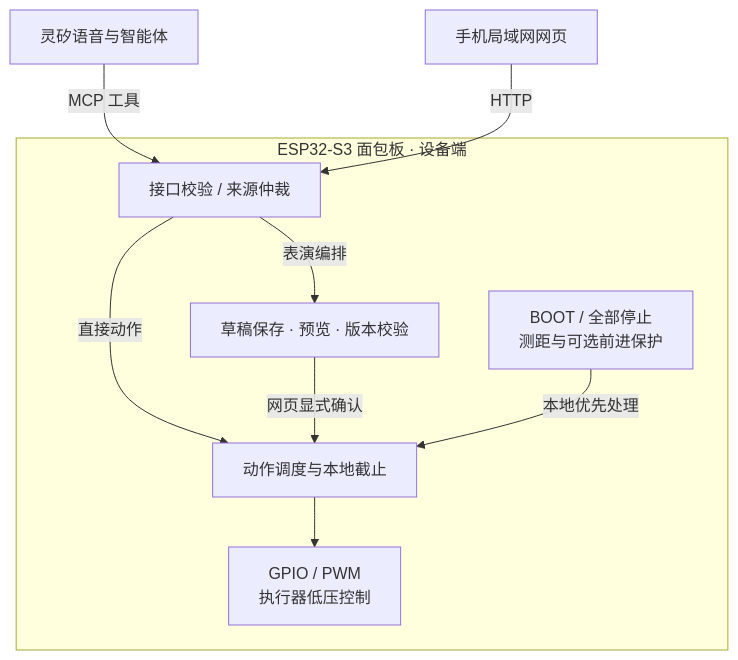
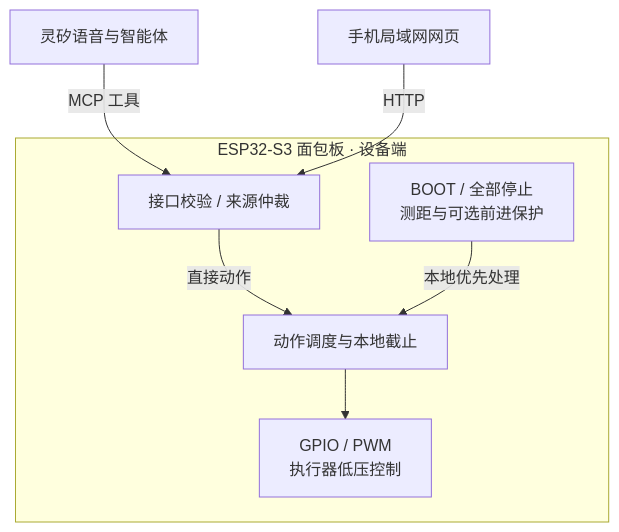
One commit to miclle/cybertrack changed the first of 2 diagrams in README.md. Above: the diagram before and after it, drawn with Mermaid. The commit also changed other lines of this file and 111 other files, not shown here.

````diff
--- a/README.md
+++ b/README.md
@@ -276,13 +246,11 @@
 ```mermaid
 flowchart TB
   CLOUD["灵矽语音与智能体"] -->|MCP 工具| CHECK
   WEB["手机局域网网页"] -->|HTTP| CHECK
   subgraph DEVICE["ESP32-S3 面包板 · 设备端"]
     CHECK["接口校验 / 来源仲裁"]
     CHECK -->|直接动作| RUN["动作调度与本地截止"]
-    CHECK -->|表演编排| DRAFT["草稿保存 · 预览 · 版本校验"]
-    DRAFT -->|网页显式确认| RUN
     GUARD["BOOT / 全部停止<br/>测距与可选前进保护"] -->|本地优先处理| RUN
     RUN --> OUT["GPIO / PWM<br/>执行器低压控制"]
   end
 ```
````
